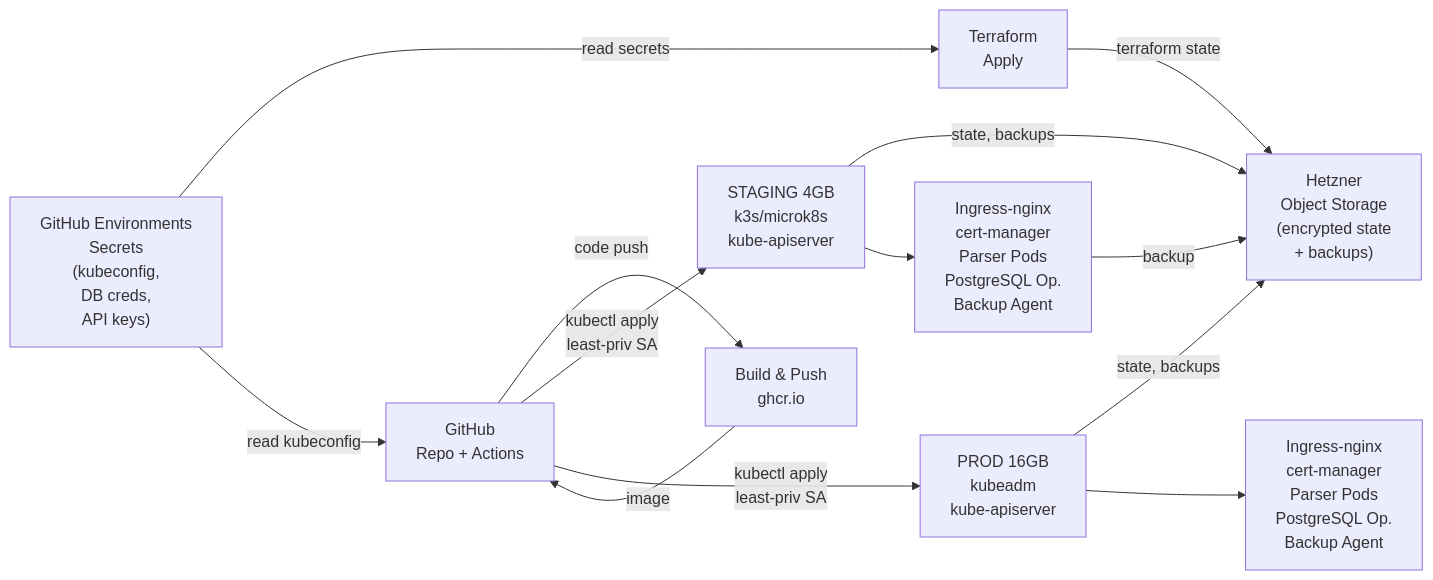
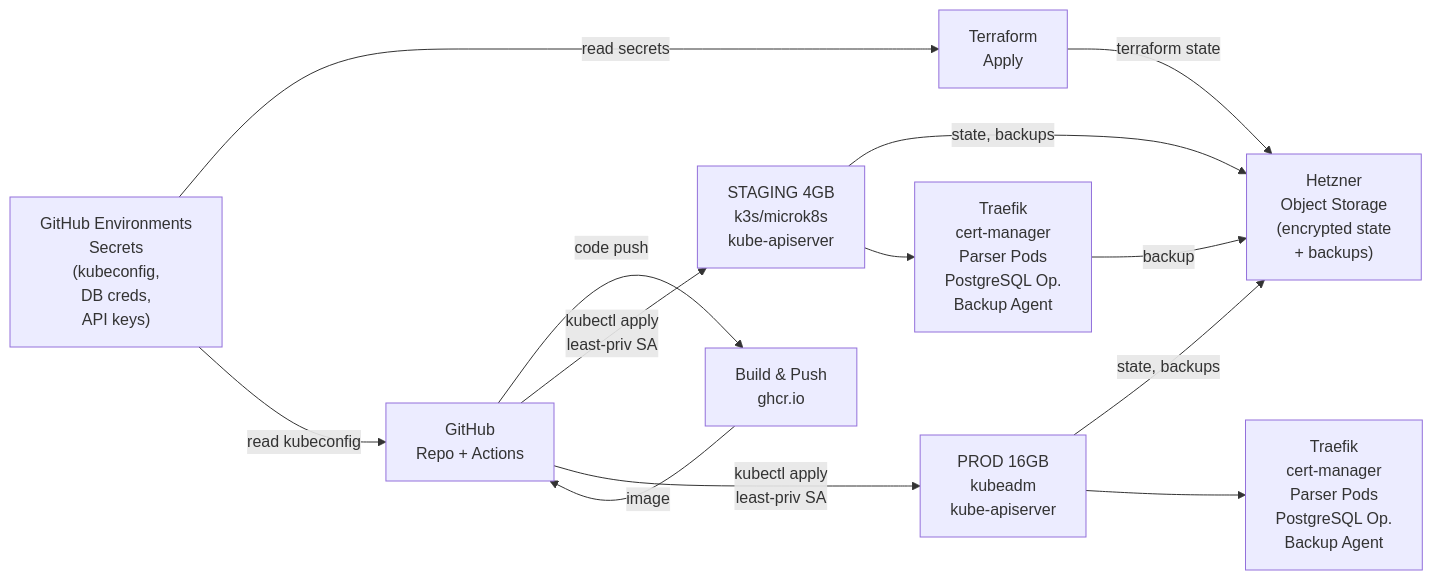
Before and after one commit to ukma-cs-ssdm-2025/rate-ukma: the diagram in docs/parser-service/deployment-infrastructure.md, drawn with Mermaid. The commit also changed other lines of this file and 8 other files, not shown here.

````diff
--- a/docs/parser-service/deployment-infrastructure.md
+++ b/docs/parser-service/deployment-infrastructure.md
@@ -36,27 +36,27 @@
 ```mermaid
 graph LR
     A["GitHub<br/>Repo + Actions"] 
     B["Build &amp; Push<br/>ghcr.io"]
     C["GitHub Environments<br/>Secrets<br/>(kubeconfig,<br/>DB creds,<br/>API keys)"]
     D["Terraform<br/>Apply"]
     E["Hetzner<br/>Object Storage<br/>(encrypted state<br/>+ backups)"]
     
     F["STAGING 4GB<br/>k3s/microk8s<br/>kube-apiserver"]
     G["PROD 16GB<br/>kubeadm<br/>kube-apiserver"]
     
-    F2["Ingress-nginx<br/>cert-manager<br/>Parser Pods<br/>PostgreSQL Op.<br/>Backup Agent"]
-    G2["Ingress-nginx<br/>cert-manager<br/>Parser Pods<br/>PostgreSQL Op.<br/>Backup Agent"]
+    F2["Traefik<br/>cert-manager<br/>Parser Pods<br/>PostgreSQL Op.<br/>Backup Agent"]
+    G2["Traefik<br/>cert-manager<br/>Parser Pods<br/>PostgreSQL Op.<br/>Backup Agent"]
     
     A -->|code push| B
     B -->|image| A
     C -->|read secrets| D
     C -->|read kubeconfig| A
     D -->|terraform state| E
     A -->|kubectl apply<br/>least-priv SA| F
     A -->|kubectl apply<br/>least-priv SA| G
     F -->|state, backups| E
     G -->|state, backups| E
     F --> F2
     G --> G2
     F2 -->|backup| E
 ```
````
